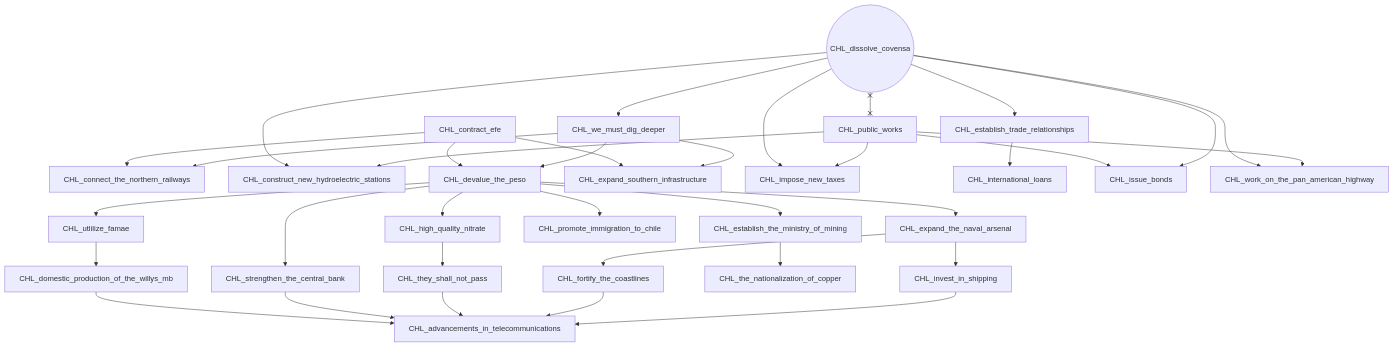
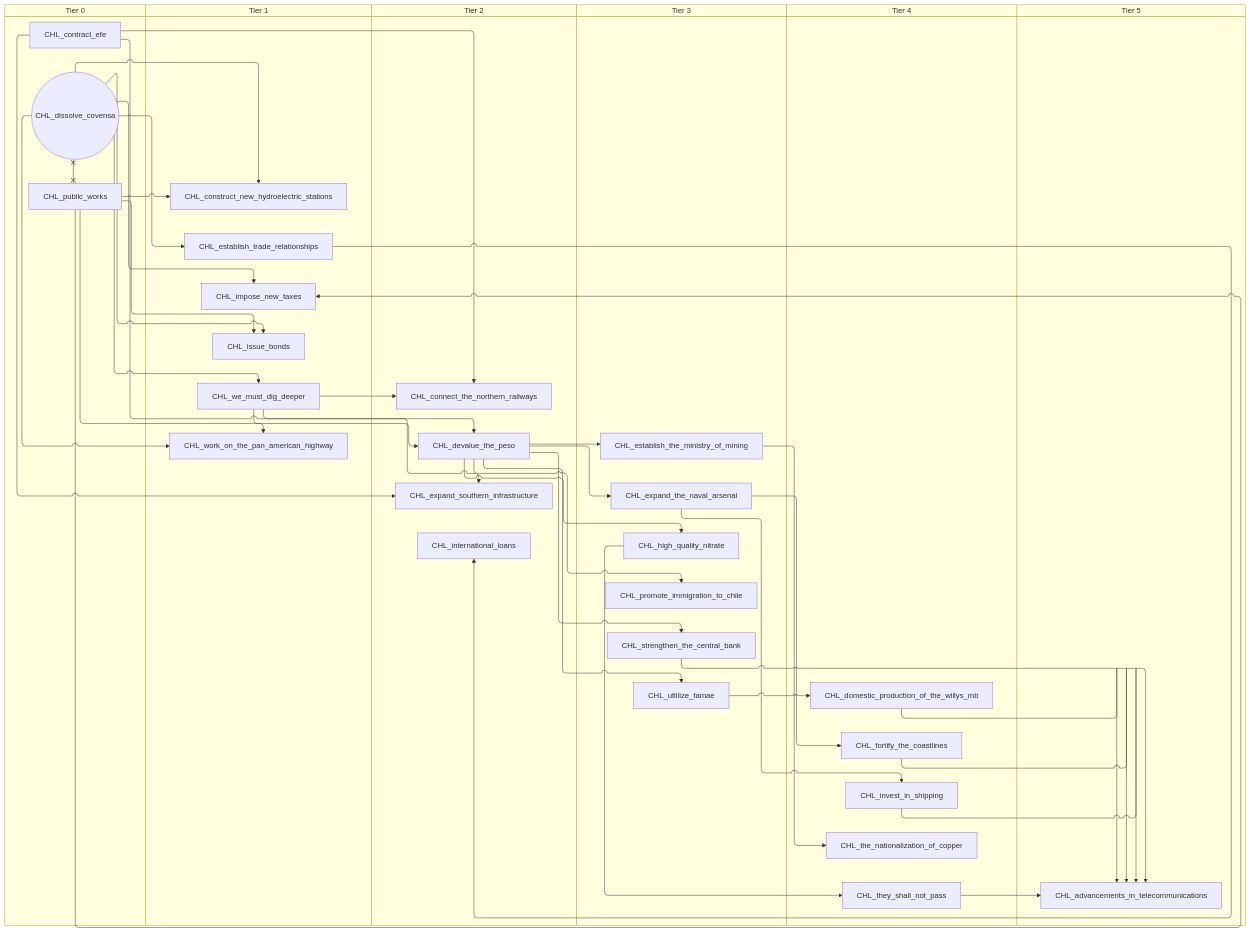
The second of 6 diagrams in docs/gdd/National Focuses/chile.md (evgeny-sobol/hoi4-sandbox-mode-r56), drawn with Mermaid before and after one commit. The commit also changed other lines of this file and 423 other files, not shown here.

First line of the commit message:
Re-export Rt56 focus trees as swimlane diagrams

````diff
--- a/docs/gdd/National Focuses/chile.md
+++ b/docs/gdd/National Focuses/chile.md
@@ -141,62 +175,74 @@
 ```mermaid
-flowchart TD
-    n61["CHL_advancements_in_telecommunications"]
-    n62["CHL_connect_the_northern_railways"]
-    n63["CHL_construct_new_hydroelectric_stations"]
-    n64["CHL_contract_efe"]
-    n65["CHL_devalue_the_peso"]
-    n66(("CHL_dissolve_covensa"))
-    n67["CHL_domestic_production_of_the_willys_mb"]
-    n68["CHL_establish_the_ministry_of_mining"]
-    n69["CHL_establish_trade_relationships"]
-    n70["CHL_expand_southern_infrastructure"]
-    n71["CHL_expand_the_naval_arsenal"]
-    n72["CHL_fortify_the_coastlines"]
-    n73["CHL_high_quality_nitrate"]
-    n74["CHL_impose_new_taxes"]
-    n75["CHL_international_loans"]
-    n76["CHL_invest_in_shipping"]
-    n77["CHL_issue_bonds"]
-    n78["CHL_promote_immigration_to_chile"]
-    n79["CHL_public_works"]
-    n80["CHL_strengthen_the_central_bank"]
-    n81["CHL_the_nationalization_of_copper"]
-    n82["CHL_they_shall_not_pass"]
-    n83["CHL_utlilize_famae"]
-    n84["CHL_we_must_dig_deeper"]
-    n85["CHL_work_on_the_pan_american_highway"]
-    n67 --> n61
-    n80 --> n61
-    n82 --> n61
-    n72 --> n61
-    n76 --> n61
-    n64 --> n62
-    n84 --> n62
-    n66 --> n63
-    n79 --> n63
-    n64 --> n65
-    n84 --> n65
-    n83 --> n67
-    n65 --> n68
-    n66 --> n69
-    n64 --> n70
-    n84 --> n70
-    n65 --> n71
-    n71 --> n72
+swimlane-beta TD
+    subgraph tier_0["Tier 0"]
+        n61["CHL_contract_efe"]
+        n62(("CHL_dissolve_covensa"))
+        n63["CHL_public_works"]
+    end
+    subgraph tier_1["Tier 1"]
+        n64["CHL_construct_new_hydroelectric_stations"]
+        n65["CHL_establish_trade_relationships"]
+        n66["CHL_impose_new_taxes"]
+        n67["CHL_issue_bonds"]
+        n68["CHL_we_must_dig_deeper"]
+        n69["CHL_work_on_the_pan_american_highway"]
+    end
+    subgraph tier_2["Tier 2"]
+        n70["CHL_connect_the_northern_railways"]
+        n71["CHL_devalue_the_peso"]
+        n72["CHL_expand_southern_infrastructure"]
+        n73["CHL_international_loans"]
+    end
+    subgraph tier_3["Tier 3"]
+        n74["CHL_establish_the_ministry_of_mining"]
+        n75["CHL_expand_the_naval_arsenal"]
+        n76["CHL_high_quality_nitrate"]
+        n77["CHL_promote_immigration_to_chile"]
+        n78["CHL_strengthen_the_central_bank"]
+        n79["CHL_utlilize_famae"]
+    end
+    subgraph tier_4["Tier 4"]
+        n80["CHL_domestic_production_of_the_willys_mb"]
+        n81["CHL_fortify_the_coastlines"]
+        n82["CHL_invest_in_shipping"]
+        n83["CHL_the_nationalization_of_copper"]
+        n84["CHL_they_shall_not_pass"]
+    end
+    subgraph tier_5["Tier 5"]
+        n85["CHL_advancements_in_telecommunications"]
+    end
+    n80 --> n85
+    n78 --> n85
+    n84 --> n85
+    n81 --> n85
+    n82 --> n85
+    n61 --> n70
+    n68 --> n70
+    n62 --> n64
+    n63 --> n64
+    n61 --> n71
+    n68 --> n71
+    n79 --> n80
+    n71 --> n74
+    n62 --> n65
+    n61 --> n72
+    n68 --> n72
+    n71 --> n75
+    n75 --> n81
+    n71 --> n76
+    n62 --> n66
+    n63 --> n66
     n65 --> n73
-    n66 --> n74
-    n79 --> n74
-    n69 --> n75
-    n71 --> n76
-    n79 --> n77
-    n66 --> n77
-    n65 --> n78
-    n65 --> n80
-    n68 --> n81
-    n73 --> n82
-    n65 --> n83
-    n66 --> n84
-    n66 --> n85
-    n79 --> n85
-    n66 x--x n79
+    n75 --> n82
+    n63 --> n67
+    n62 --> n67
+    n71 --> n77
+    n71 --> n78
+    n74 --> n83
+    n76 --> n84
+    n71 --> n79
+    n62 --> n68
+    n62 --> n69
+    n63 --> n69
+    n62 x--x n63
 ```
````
